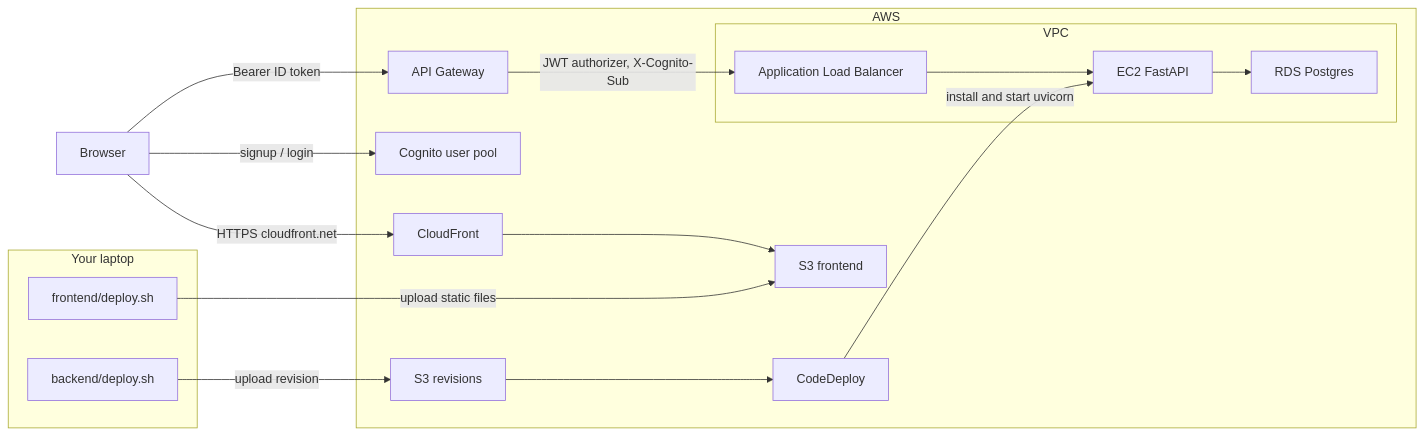
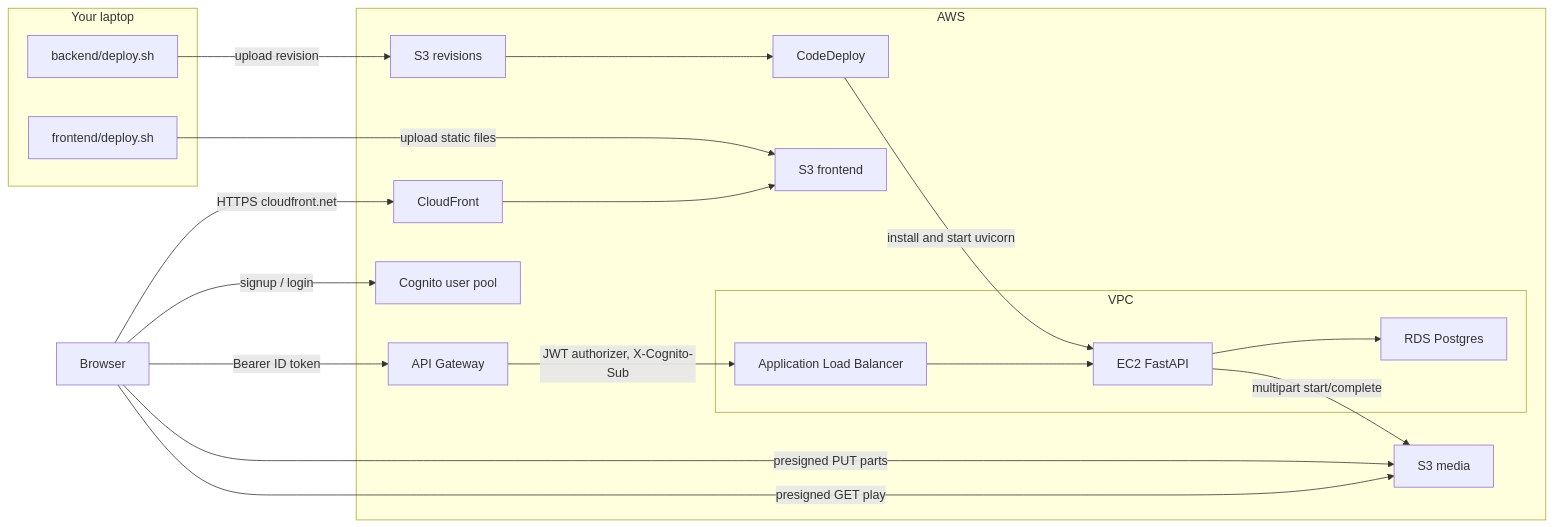
One commit to kinkongchan/user-management changed the first of 3 diagrams in README.md. Above: the diagram before and after it, drawn with Mermaid. The commit also changed other lines of this file and 20 other files, not shown here.

````diff
--- a/README.md
+++ b/README.md
@@ -5,33 +5,37 @@
 ```mermaid
 flowchart LR
   subgraph laptop [Your laptop]
     DeployBackend["backend/deploy.sh"]
     DeployFrontend["frontend/deploy.sh"]
   end
 
   subgraph aws [AWS]
     CF[CloudFront]
     S3Web[S3 frontend]
+    S3Media[S3 media]
     Cognito[Cognito user pool]
     APIGW[API Gateway]
     CodeDeploy[CodeDeploy]
     S3[S3 revisions]
     subgraph vpc [VPC]
       ALB[Application Load Balancer]
       EC2[EC2 FastAPI]
       RDS[RDS Postgres]
     end
   end
 
   Browser[Browser] -->|HTTPS cloudfront.net| CF
   CF --> S3Web
   Browser -->|"signup / login"| Cognito
   Browser -->|Bearer ID token| APIGW
+  Browser -->|presigned PUT parts| S3Media
+  Browser -->|presigned GET play| S3Media
   APIGW -->|"JWT authorizer, X-Cognito-Sub"| ALB
   ALB --> EC2
   EC2 --> RDS
+  EC2 -->|multipart start/complete| S3Media
   DeployFrontend -->|upload static files| S3Web
   DeployBackend -->|upload revision| S3
   S3 --> CodeDeploy
   CodeDeploy -->|install and start uvicorn| EC2
 ```
````
